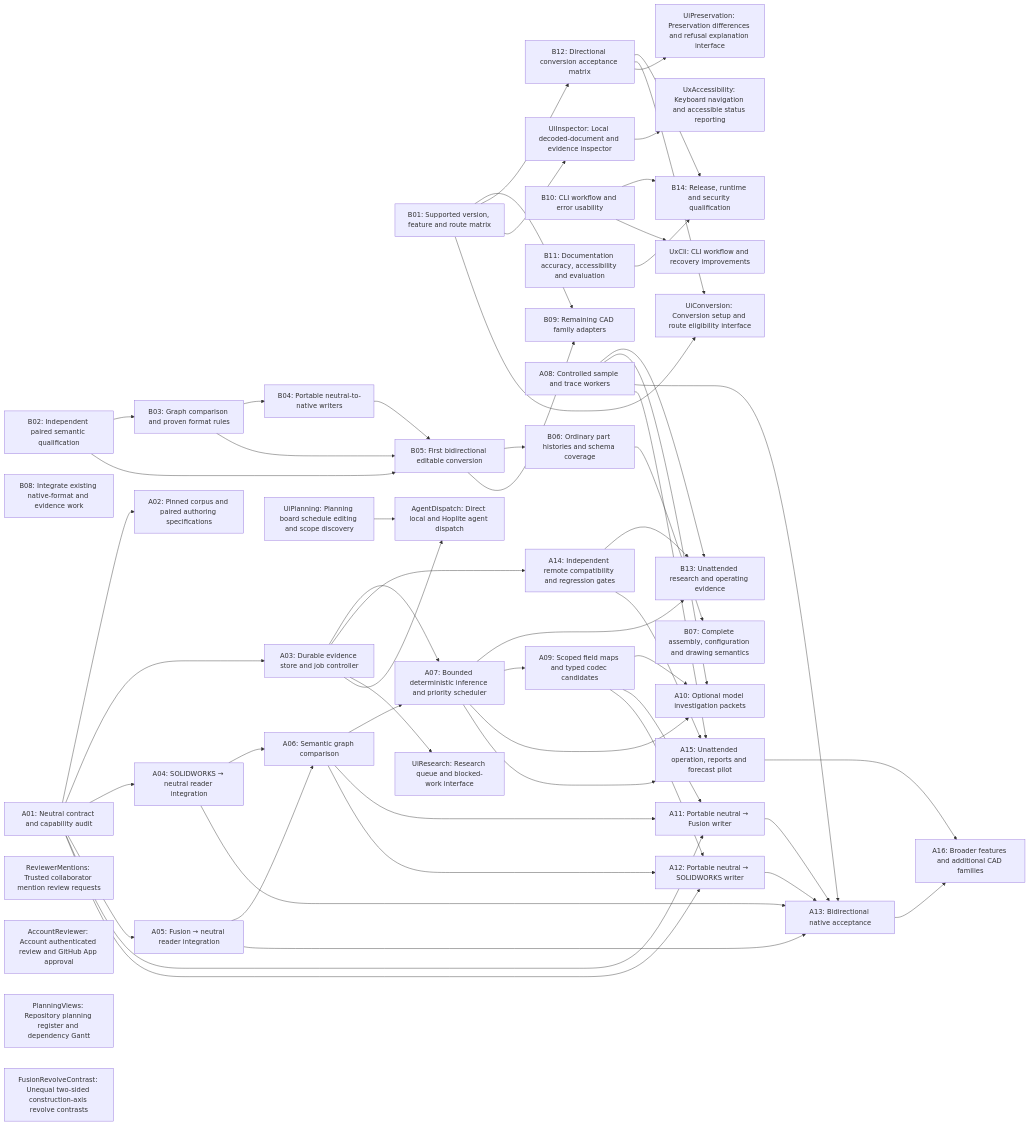
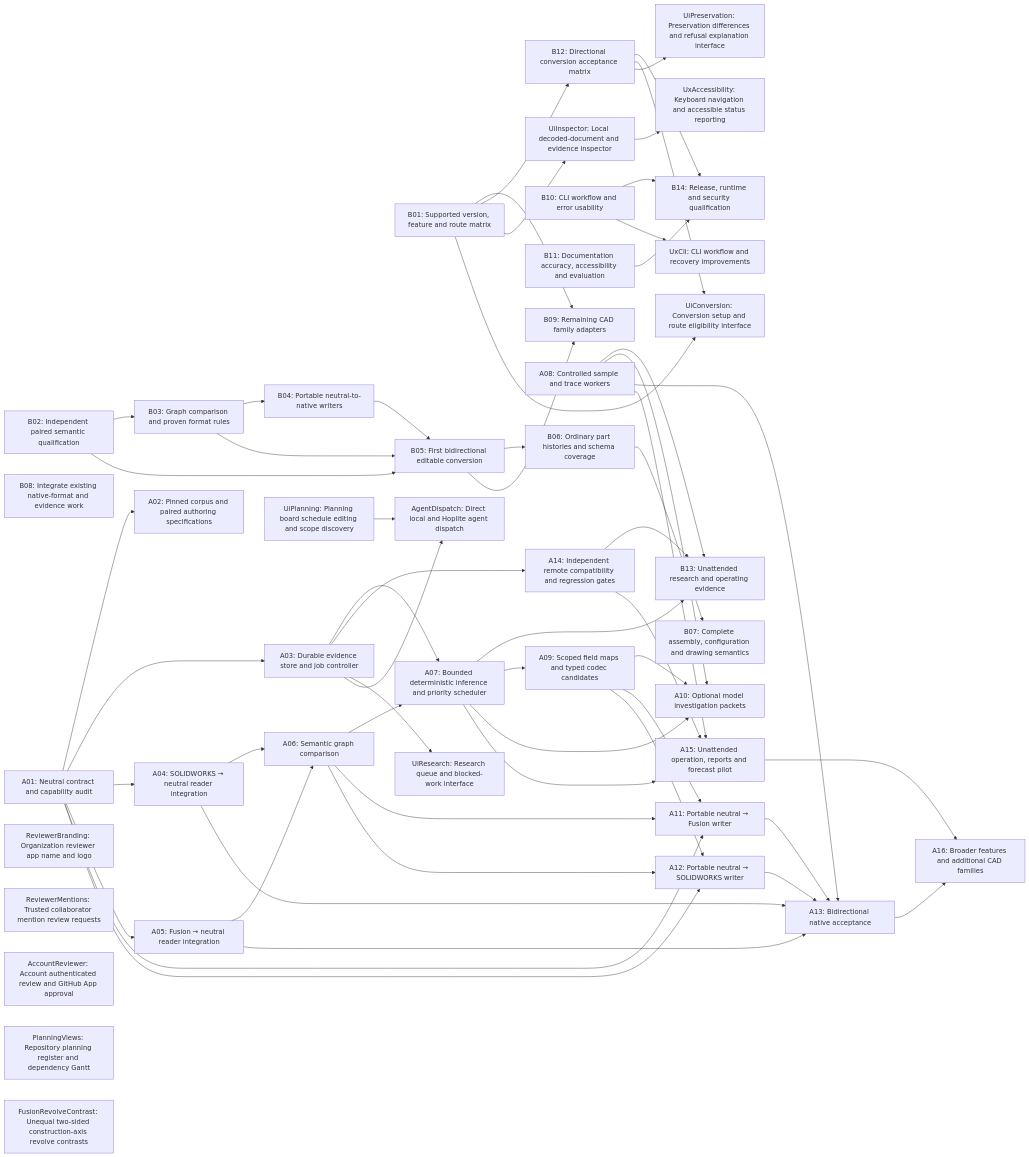
The diagram in Documentation/Planning/Generated/Dependencies.mmd (TryUniCAD/Kit), drawn with Mermaid before and after one commit. The commit also changed 30 other files, not shown here.

```diff
--- a/Documentation/Planning/Generated/Dependencies.mmd
+++ b/Documentation/Planning/Generated/Dependencies.mmd
@@ -1,97 +1,98 @@
 flowchart LR
   B01["B01: Supported version, feature and route matrix"]
   B02["B02: Independent paired semantic qualification"]
   B03["B03: Graph comparison and proven format rules"]
   B02 --> B03
   B04["B04: Portable neutral-to-native writers"]
   B03 --> B04
   B05["B05: First bidirectional editable conversion"]
   B02 --> B05
   B03 --> B05
   B04 --> B05
   B06["B06: Ordinary part histories and schema coverage"]
   B05 --> B06
   B07["B07: Complete assembly, configuration and drawing semantics"]
   B06 --> B07
   B08["B08: Integrate existing native-format and evidence work"]
   B09["B09: Remaining CAD family adapters"]
   B01 --> B09
   B05 --> B09
   B10["B10: CLI workflow and error usability"]
   B11["B11: Documentation accuracy, accessibility and evaluation"]
   B12["B12: Directional conversion acceptance matrix"]
   B01 --> B12
   B13["B13: Unattended research and operating evidence"]
   A07 --> B13
   A08 --> B13
   A14 --> B13
   B14["B14: Release, runtime and security qualification"]
   B10 --> B14
   B11 --> B14
   B12 --> B14
   A01["A01: Neutral contract and capability audit"]
   A02["A02: Pinned corpus and paired authoring specifications"]
   A01 --> A02
   A03["A03: Durable evidence store and job controller"]
   A01 --> A03
   A04["A04: SOLIDWORKS → neutral reader integration"]
   A01 --> A04
   A05["A05: Fusion → neutral reader integration"]
   A01 --> A05
   A06["A06: Semantic graph comparison"]
   A04 --> A06
   A05 --> A06
   A07["A07: Bounded deterministic inference and priority scheduler"]
   A03 --> A07
   A06 --> A07
   A08["A08: Controlled sample and trace workers"]
   A09["A09: Scoped field maps and typed codec candidates"]
   A07 --> A09
   A10["A10: Optional model investigation packets"]
   A07 --> A10
   A08 --> A10
   A09 --> A10
   A11["A11: Portable neutral → Fusion writer"]
   A01 --> A11
   A06 --> A11
   A09 --> A11
   A12["A12: Portable neutral → SOLIDWORKS writer"]
   A01 --> A12
   A06 --> A12
   A09 --> A12
   A13["A13: Bidirectional native acceptance"]
   A04 --> A13
   A05 --> A13
   A08 --> A13
   A11 --> A13
   A12 --> A13
   A14["A14: Independent remote compatibility and regression gates"]
   A03 --> A14
   A15["A15: Unattended operation, reports and forecast pilot"]
   A07 --> A15
   A08 --> A15
   A14 --> A15
   A16["A16: Broader features and additional CAD families"]
   A13 --> A16
   A15 --> A16
+  ReviewerBranding["ReviewerBranding: Organization reviewer app name and logo"]
   ReviewerMentions["ReviewerMentions: Trusted collaborator mention review requests"]
   AccountReviewer["AccountReviewer: Account authenticated review and GitHub App approval"]
   PlanningViews["PlanningViews: Repository planning register and dependency Gantt"]
   FusionRevolveContrast["FusionRevolveContrast: Unequal two-sided construction-axis revolve contrasts"]
   UiInspector["UiInspector: Local decoded-document and evidence inspector"]
   B01 --> UiInspector
   UiConversion["UiConversion: Conversion setup and route eligibility interface"]
   B01 --> UiConversion
   B12 --> UiConversion
   UiPreservation["UiPreservation: Preservation differences and refusal explanation interface"]
   B12 --> UiPreservation
   UiResearch["UiResearch: Research queue and blocked-work interface"]
   A03 --> UiResearch
   UxAccessibility["UxAccessibility: Keyboard navigation and accessible status reporting"]
   UiInspector --> UxAccessibility
   UxCli["UxCli: CLI workflow and recovery improvements"]
   B10 --> UxCli
   UiPlanning["UiPlanning: Planning board schedule editing and scope discovery"]
   AgentDispatch["AgentDispatch: Direct local and Hoplite agent dispatch"]
   A03 --> AgentDispatch
   UiPlanning --> AgentDispatch
```
